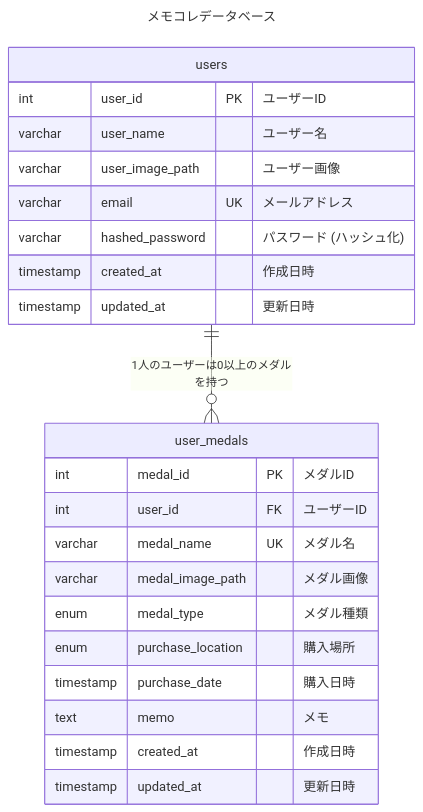
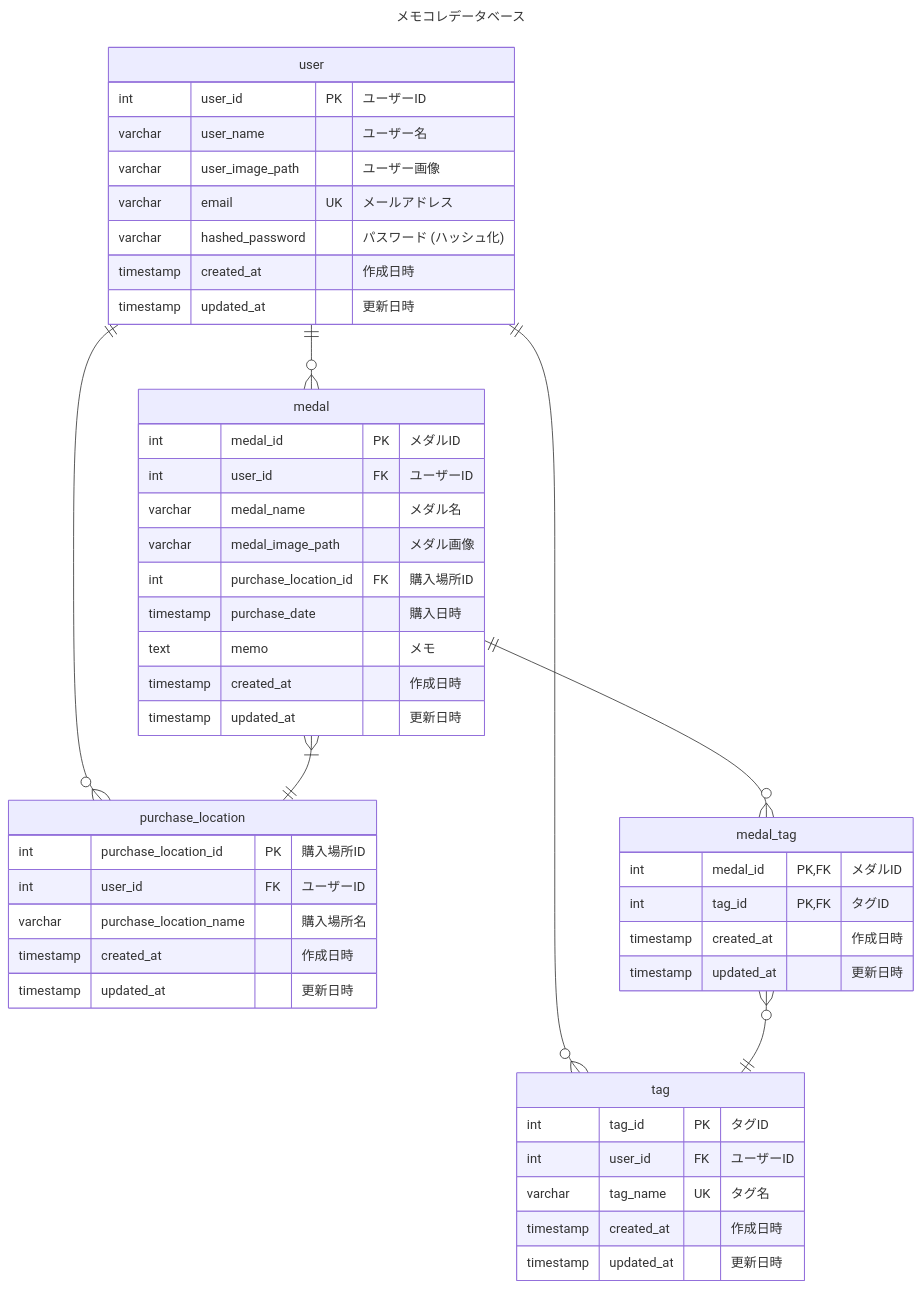
The diagram in docs/pages/ER図.md (team-tiro/medal-collection-document), drawn with Mermaid before and after one commit.

Commit message:
feat: ER図更新

````diff
--- a/docs/pages/ER図.md
+++ b/docs/pages/ER図.md
@@ -3,30 +3,57 @@
 ```mermaid
 ---
 title: "メモコレデータベース"
 ---
 erDiagram
-    users ||--o{ user_medals: "1人のユーザーは0以上のメダルを持つ"
+    user ||--o{ medal: ""
+    user ||--o{ tag: ""
+    user ||--o{ purchase_location: ""
+    medal ||--o{ medal_tag: ""
+    medal_tag }o--|| tag: ""
+    medal }|--|| purchase_location: ""
 
-  users {
+  user {
     int user_id PK "ユーザーID"
     varchar user_name "ユーザー名"
     varchar user_image_path "ユーザー画像"
     varchar email UK "メールアドレス"
     varchar hashed_password "パスワード (ハッシュ化)"
     timestamp created_at "作成日時"
     timestamp updated_at "更新日時"
   }
 
-  user_medals {
+  medal {
     int medal_id PK "メダルID"
     int user_id FK "ユーザーID"
-    varchar medal_name UK "メダル名"
+    varchar medal_name "メダル名"
     varchar medal_image_path "メダル画像"
-    enum medal_type "メダル種類"
-    enum purchase_location "購入場所"
+    int purchase_location_id FK "購入場所ID"
     timestamp purchase_date "購入日時"
     text memo "メモ"
     timestamp created_at "作成日時"
     timestamp updated_at "更新日時"
   }
+
+  medal_tag {
+    int medal_id PK,FK "メダルID"
+    int tag_id PK,FK "タグID"
+    timestamp created_at "作成日時"
+    timestamp updated_at "更新日時"
+  }
+
+  tag {
+    int tag_id PK "タグID"
+    int user_id FK "ユーザーID"
+    varchar tag_name UK "タグ名"
+    timestamp created_at "作成日時"
+    timestamp updated_at "更新日時"
+  }
+
+  purchase_location {
+    int purchase_location_id PK "購入場所ID"
+    int user_id FK "ユーザーID"
+    varchar purchase_location_name "購入場所名"
+    timestamp created_at "作成日時"
+    timestamp updated_at "更新日時"
+  }
 ```
````
